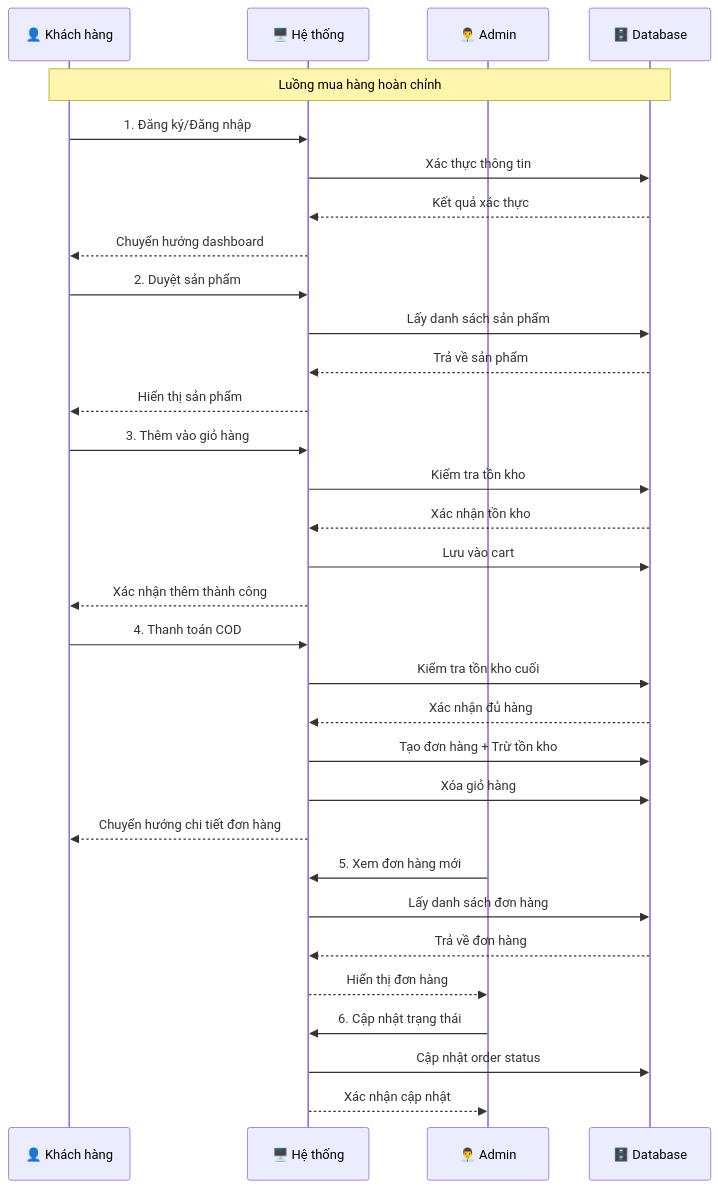
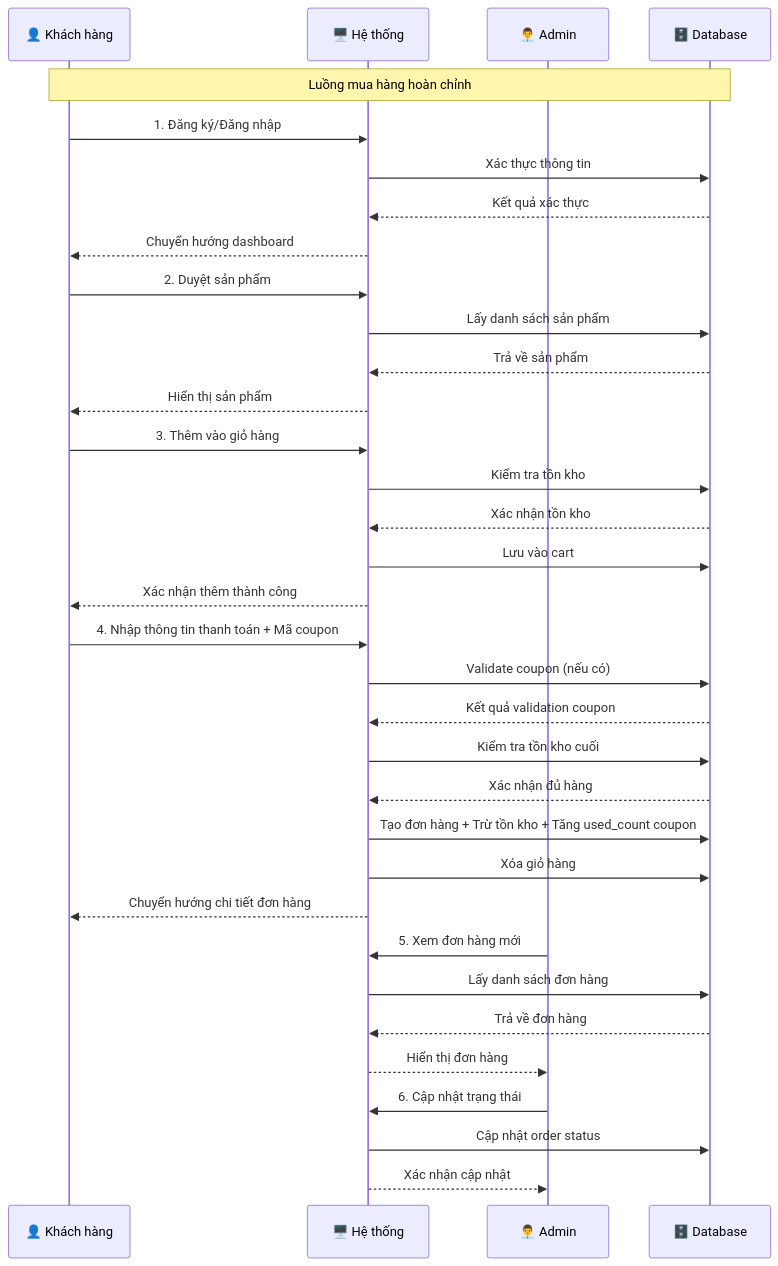
Before and after one commit to vinhhoang04cp/webshop: the seventh of 11 diagrams in docs/COMPLETE_USE_CASES.md, drawn with Mermaid. The commit also changed other lines of this file and 10 other files, not shown here.

````diff
--- a/docs/COMPLETE_USE_CASES.md
+++ b/docs/COMPLETE_USE_CASES.md
@@ -526,46 +615,48 @@
 ```mermaid
 sequenceDiagram
     participant C as 👤 Khách hàng
     participant S as 🖥️ Hệ thống
     participant A as 👨‍💼 Admin
     participant DB as 🗄️ Database
     
     Note over C,DB: Luồng mua hàng hoàn chỉnh
     
     %% Đăng ký/Đăng nhập
     C->>S: 1. Đăng ký/Đăng nhập
     S->>DB: Xác thực thông tin
     DB-->>S: Kết quả xác thực
     S-->>C: Chuyển hướng dashboard
     
     %% Duyệt sản phẩm
     C->>S: 2. Duyệt sản phẩm
     S->>DB: Lấy danh sách sản phẩm
     DB-->>S: Trả về sản phẩm
     S-->>C: Hiển thị sản phẩm
     
     %% Thêm vào giỏ hàng
     C->>S: 3. Thêm vào giỏ hàng
     S->>DB: Kiểm tra tồn kho
     DB-->>S: Xác nhận tồn kho
     S->>DB: Lưu vào cart
     S-->>C: Xác nhận thêm thành công
     
     %% Thanh toán
-    C->>S: 4. Thanh toán COD
+    C->>S: 4. Nhập thông tin thanh toán + Mã coupon
+    S->>DB: Validate coupon (nếu có)
+    DB-->>S: Kết quả validation coupon
     S->>DB: Kiểm tra tồn kho cuối
     DB-->>S: Xác nhận đủ hàng
-    S->>DB: Tạo đơn hàng + Trừ tồn kho
+    S->>DB: Tạo đơn hàng + Trừ tồn kho + Tăng used_count coupon
     S->>DB: Xóa giỏ hàng
     S-->>C: Chuyển hướng chi tiết đơn hàng
     
     %% Admin xử lý
     A->>S: 5. Xem đơn hàng mới
     S->>DB: Lấy danh sách đơn hàng
     DB-->>S: Trả về đơn hàng
     S-->>A: Hiển thị đơn hàng
     
     A->>S: 6. Cập nhật trạng thái
     S->>DB: Cập nhật order status
     S-->>A: Xác nhận cập nhật
 ```
````
